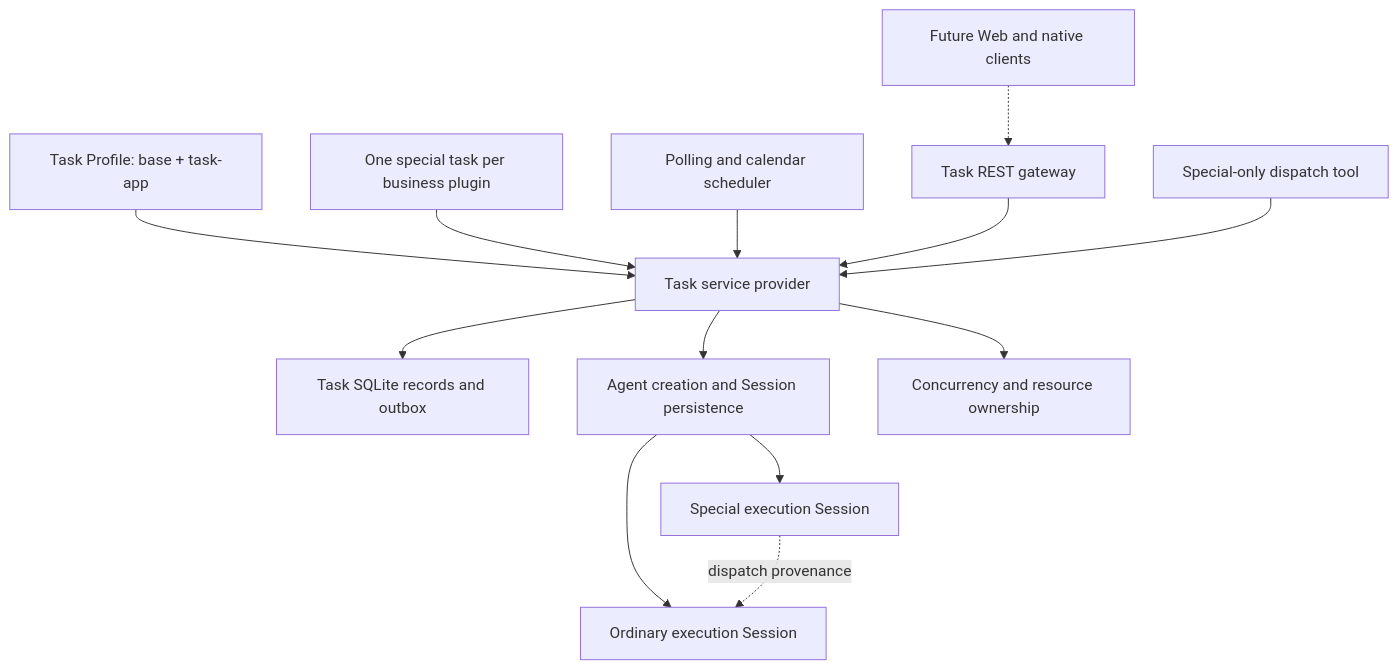
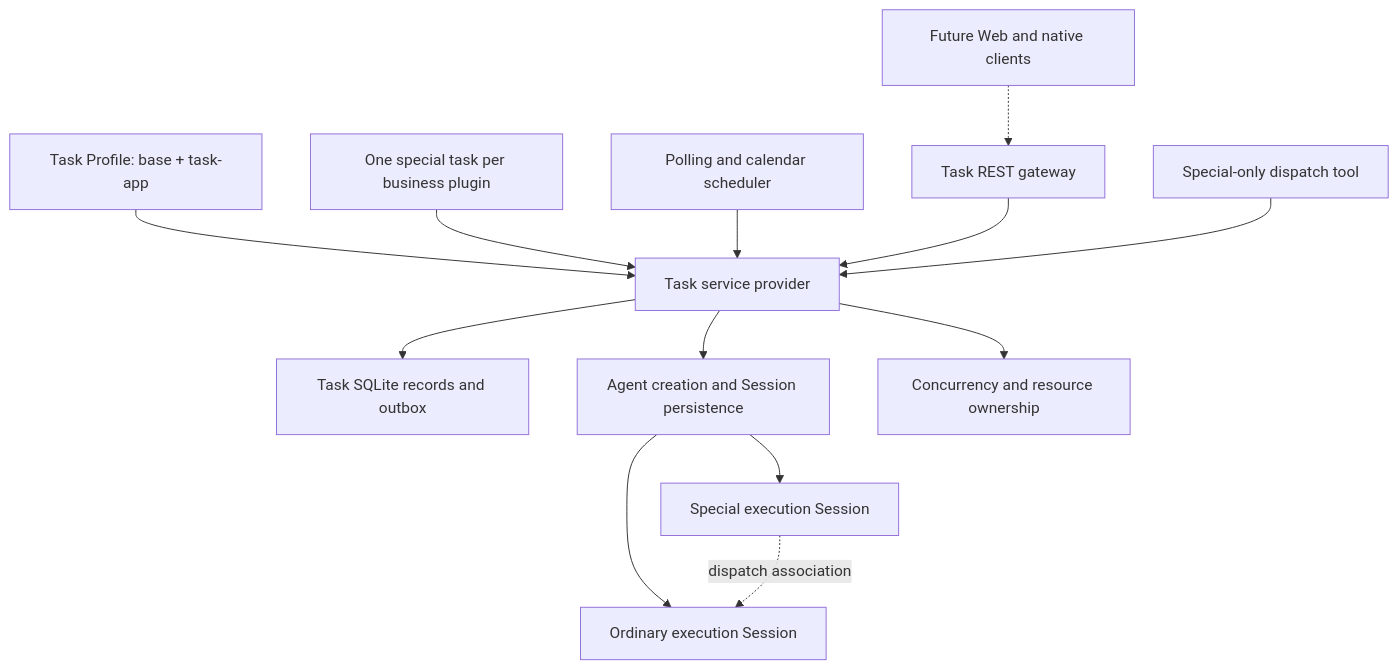
Before and after one commit to ggyy0124-cell/deepseek-harness: the first of 2 diagrams in .agents/notes/proposed/architecture/2026-09-09-task-profile.md, drawn with Mermaid. The commit also changed other lines of this file and 32 other files, not shown here.

````diff
--- a/.agents/notes/proposed/architecture/2026-09-09-task-profile.md
+++ b/.agents/notes/proposed/architecture/2026-09-09-task-profile.md
@@ -80,16 +80,16 @@
 ```mermaid
 flowchart TB
   Profile[Task Profile: base + task-app]
   Profile --> Runtime[Task service provider]
   Business[One special task per business plugin] --> Runtime
   Scheduler[Polling and calendar scheduler] --> Runtime
   API[Task REST gateway] --> Runtime
   UI[Future Web and native clients] -.-> API
   Dispatch[Special-only dispatch tool] --> Runtime
   Runtime --> DB[Task SQLite records and outbox]
   Runtime --> Sessions[Agent creation and Session persistence]
   Runtime --> Resources[Concurrency and resource ownership]
   Sessions --> Special[Special execution Session]
   Sessions --> Ordinary[Ordinary execution Session]
-  Special -. dispatch provenance .-> Ordinary
+  Special -. dispatch association .-> Ordinary
 ```
````
